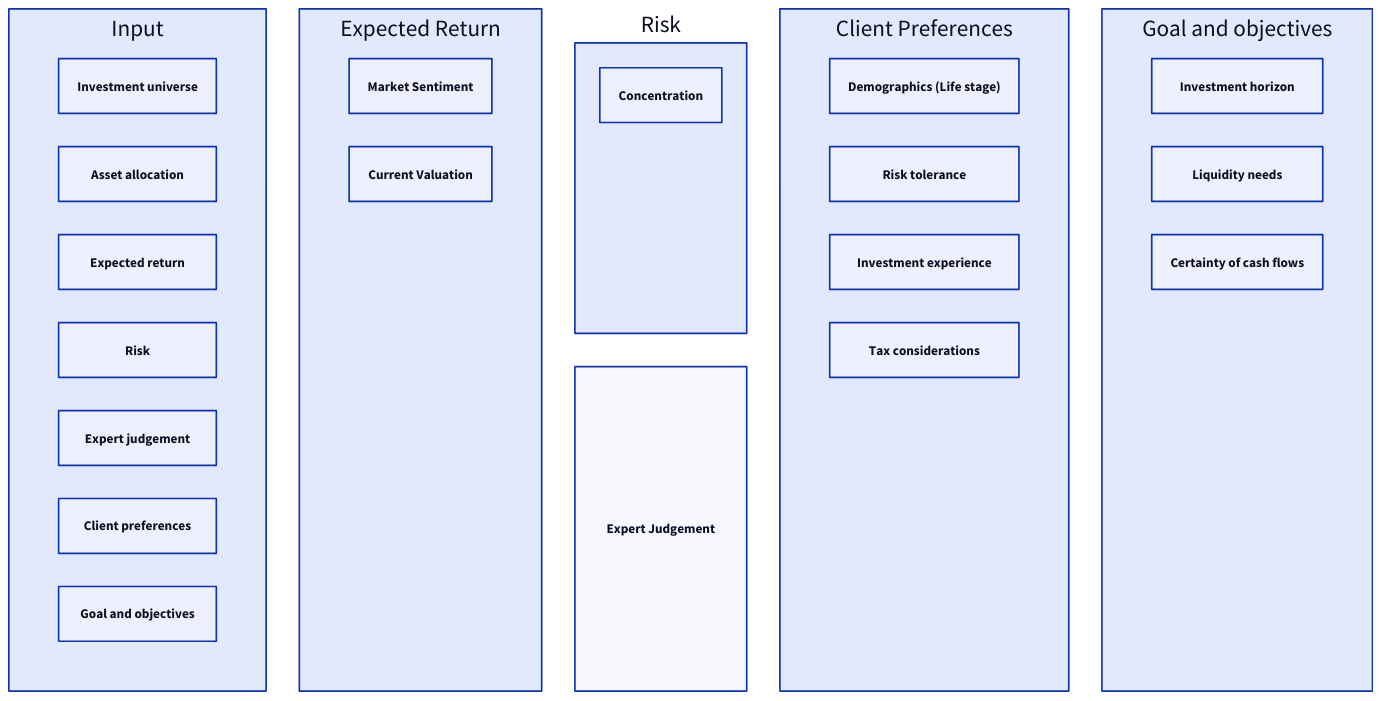
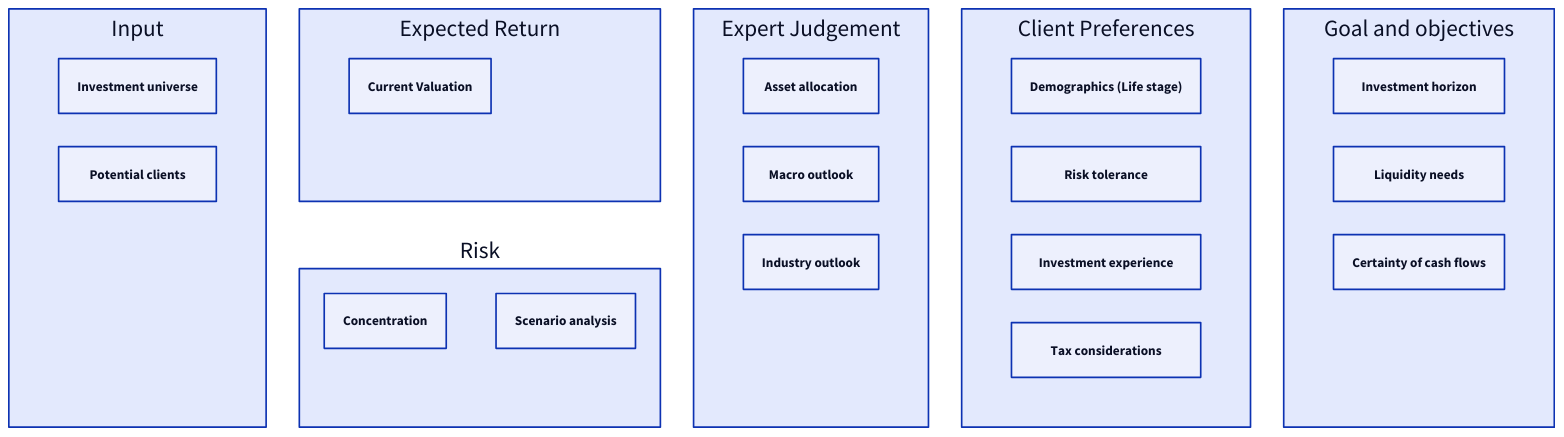
Before and after one commit to roger249/Bot-collaboration: the diagram in docs/specification/proposal/Concept_on_product_matching.d2, drawn with D2. The commit also changed 14 other files, not shown here.

```diff
--- a/docs/specification/proposal/Concept_on_product_matching.d2
+++ b/docs/specification/proposal/Concept_on_product_matching.d2
@@ -1,42 +1,40 @@
 grid-columns: 5
 direction: down
 
 Input: {
   grid-columns: 1
   Investment universe
-  Asset allocation
-  Expected return
-  Risk
-  Expert judgement
-  Client preferences
-  Goal and objectives
+  Potential clients
 }
 
 Expected Return: {
   grid-columns: 1
-  Market Sentiment
   Current Valuation
 }
 
 Risk: {
   Concentration
+  Scenario analysis
 }
 
 Expert Judgement: {
-
+  grid-columns: 1
+  Asset allocation
+  Macro outlook
+  Industry outlook
 }
 
 Client Preferences: {
   grid-columns: 1
   Demographics (Life stage)
   Risk tolerance
   Investment experience
   Tax considerations
 }
 
 Goal and objectives: {
   grid-columns: 1
   Investment horizon
   Liquidity needs
   Certainty of cash flows
 }
```
